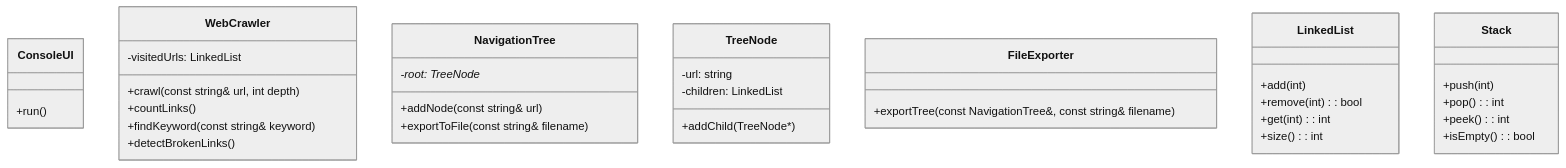
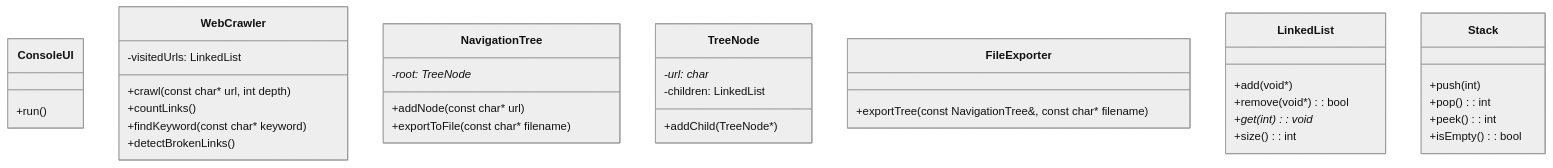
The diagram in README.md (GGabrielDev/proyecto-actual-scrapper), drawn with Mermaid (neutral theme) before and after one commit. The commit also changed other lines of this file and 5 other files, not shown here.

````diff
--- a/README.md
+++ b/README.md
@@ -45,49 +45,49 @@
 ```mermaid
 classDiagram
     %% Capa de Presentación
     class ConsoleUI {
         +run()
     }
 
     %% Capa de Negocio
     class WebCrawler {
         -visitedUrls: LinkedList
-        +crawl(const string& url, int depth)
+        +crawl(const char* url, int depth)
         +countLinks()
-        +findKeyword(const string& keyword)
+        +findKeyword(const char* keyword)
         +detectBrokenLinks()
     }
 
     class NavigationTree {
         -root: TreeNode*
-        +addNode(const string& url)
-        +exportToFile(const string& filename)
+        +addNode(const char* url)
+        +exportToFile(const char* filename)
     }
 
     %% Entidades de Dominio
     class TreeNode {
-        -url: string
+        -url: char*
         -children: LinkedList
         +addChild(TreeNode*)
     }
 
     %% Capa de Datos
     class FileExporter {
-        +exportTree(const NavigationTree&, const string& filename)
+        +exportTree(const NavigationTree&, const char* filename)
     }
 
     %% Estructuras de Datos
     class LinkedList {
-        +add(int)
-        +remove(int): bool
-        +get(int): int
+        +add(void*)
+        +remove(void*): bool
+        +get(int): void*
         +size(): int
     }
 
     class Stack {
         +push(int)
         +pop(): int
         +peek(): int
         +isEmpty(): bool
     }
 ```
````
